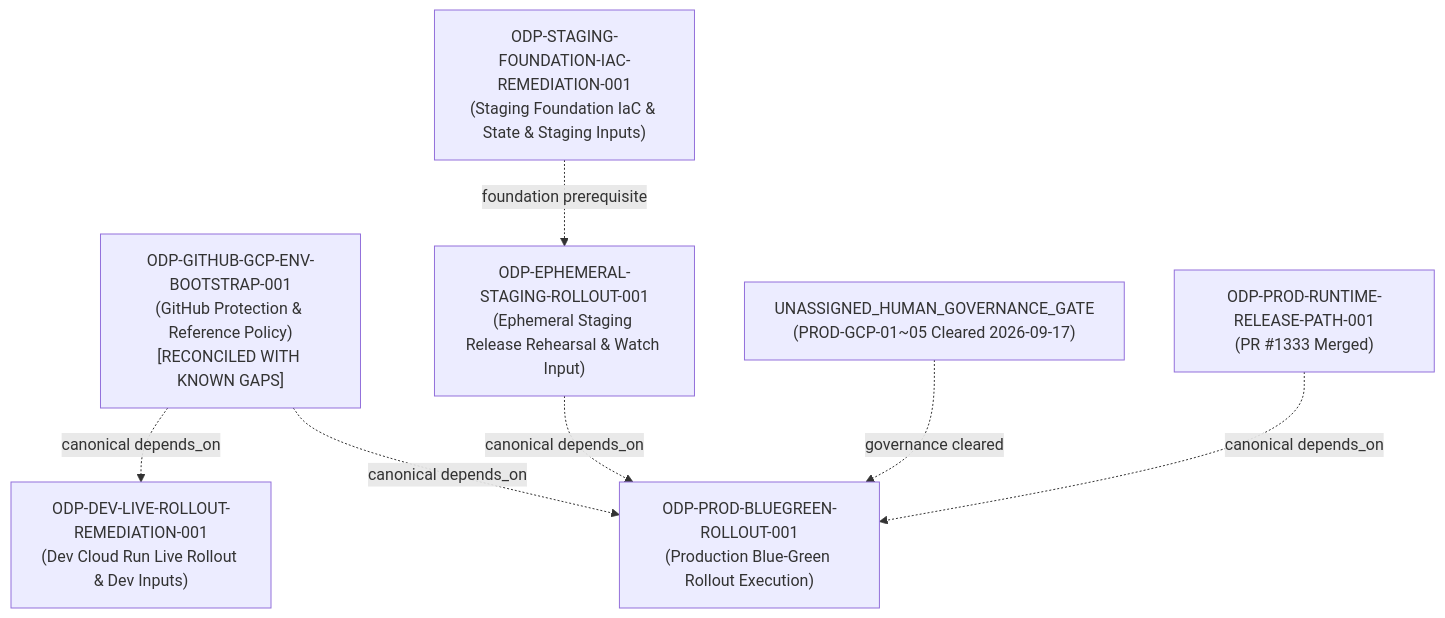
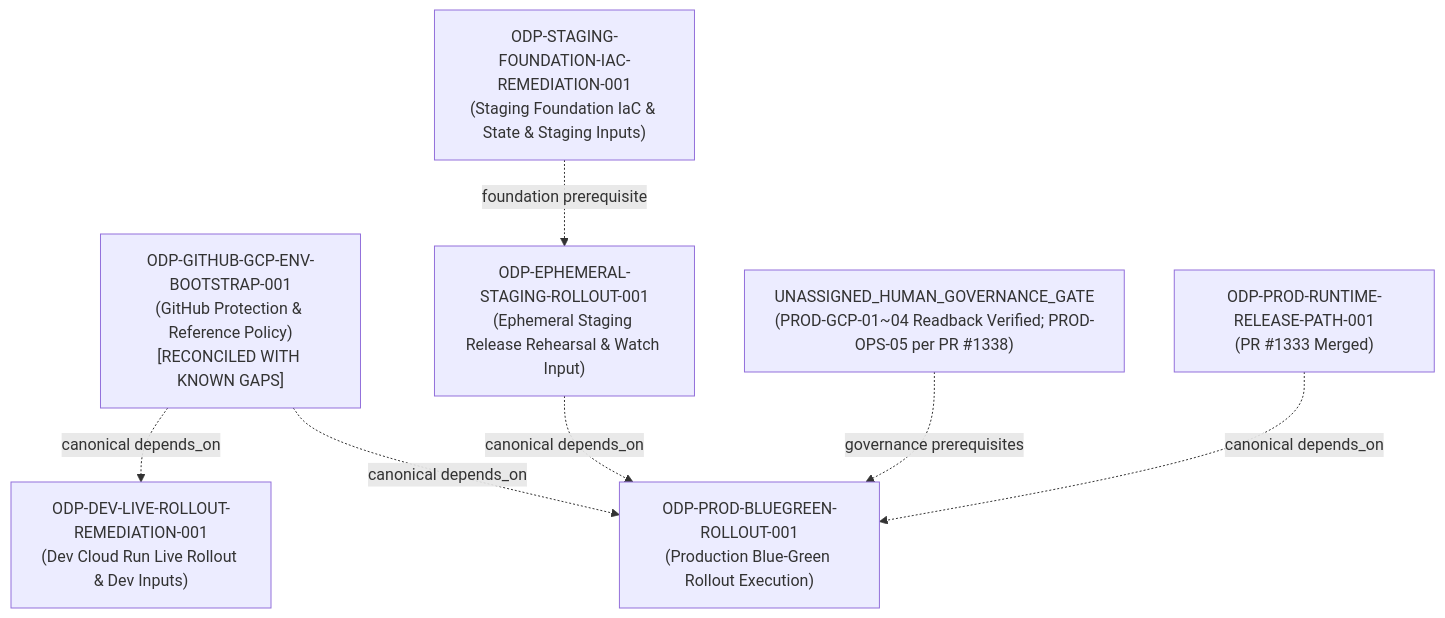
Before and after one commit to alfloop-dev/odayplus: the diagram in docs/evidence/execution-control/ARCHIVE_RECOVERY_RECONCILIATION_20260911/ODP-GITHUB-GCP-ENV-BOOTSTRAP-001/README.md, drawn with Mermaid. The commit also changed other lines of this file and 2 other files, not shown here.

First line of the commit message:
ODP-GITHUB-GCP-ENV-BOOTSTRAP-001: 修正 PROD-OPS-05 參數與 readback 治理描述

````diff
--- a/docs/evidence/execution-control/ARCHIVE_RECOVERY_RECONCILIATION_20260911/ODP-GITHUB-GCP-ENV-BOOTSTRAP-001/README.md
+++ b/docs/evidence/execution-control/ARCHIVE_RECOVERY_RECONCILIATION_20260911/ODP-GITHUB-GCP-ENV-BOOTSTRAP-001/README.md
@@ -77,20 +82,20 @@
 ```mermaid
 flowchart TD
     BOOTSTRAP["ODP-GITHUB-GCP-ENV-BOOTSTRAP-001<br>(GitHub Protection & Reference Policy)<br>[RECONCILED WITH KNOWN GAPS]"]
 
     DEV_ROLLOUT["ODP-DEV-LIVE-ROLLOUT-REMEDIATION-001<br>(Dev Cloud Run Live Rollout & Dev Inputs)"]
     STAGING_IAC["ODP-STAGING-FOUNDATION-IAC-REMEDIATION-001<br>(Staging Foundation IaC & State & Staging Inputs)"]
     STAGING_ROLLOUT["ODP-EPHEMERAL-STAGING-ROLLOUT-001<br>(Ephemeral Staging Release Rehearsal & Watch Input)"]
 
-    PROD_GCP_HUMAN["UNASSIGNED_HUMAN_GOVERNANCE_GATE<br>(PROD-GCP-01~05 Cleared 2026-09-17)"]
+    PROD_GCP_HUMAN["UNASSIGNED_HUMAN_GOVERNANCE_GATE<br>(PROD-GCP-01~04 Readback Verified; PROD-OPS-05 per PR #1338)"]
     PROD_PATH["ODP-PROD-RUNTIME-RELEASE-PATH-001<br>(PR #1333 Merged)"]
     PROD_ROLLOUT["ODP-PROD-BLUEGREEN-ROLLOUT-001<br>(Production Blue-Green Rollout Execution)"]
 
     BOOTSTRAP -.->|canonical depends_on| DEV_ROLLOUT
     BOOTSTRAP -.->|canonical depends_on| PROD_ROLLOUT
     STAGING_ROLLOUT -.->|canonical depends_on| PROD_ROLLOUT
     PROD_PATH -.->|canonical depends_on| PROD_ROLLOUT
 
     STAGING_IAC -.->|foundation prerequisite| STAGING_ROLLOUT
-    PROD_GCP_HUMAN -.->|governance cleared| PROD_ROLLOUT
+    PROD_GCP_HUMAN -.->|governance prerequisites| PROD_ROLLOUT
 ```
````
